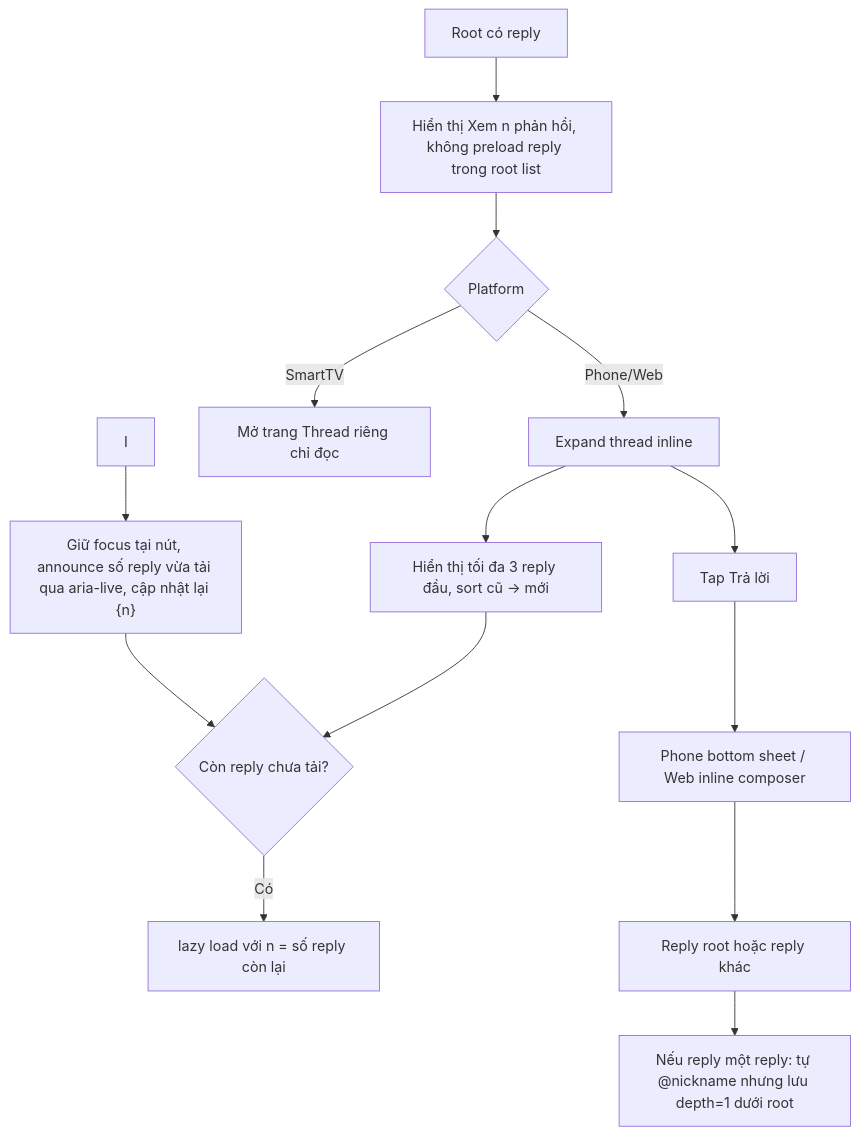
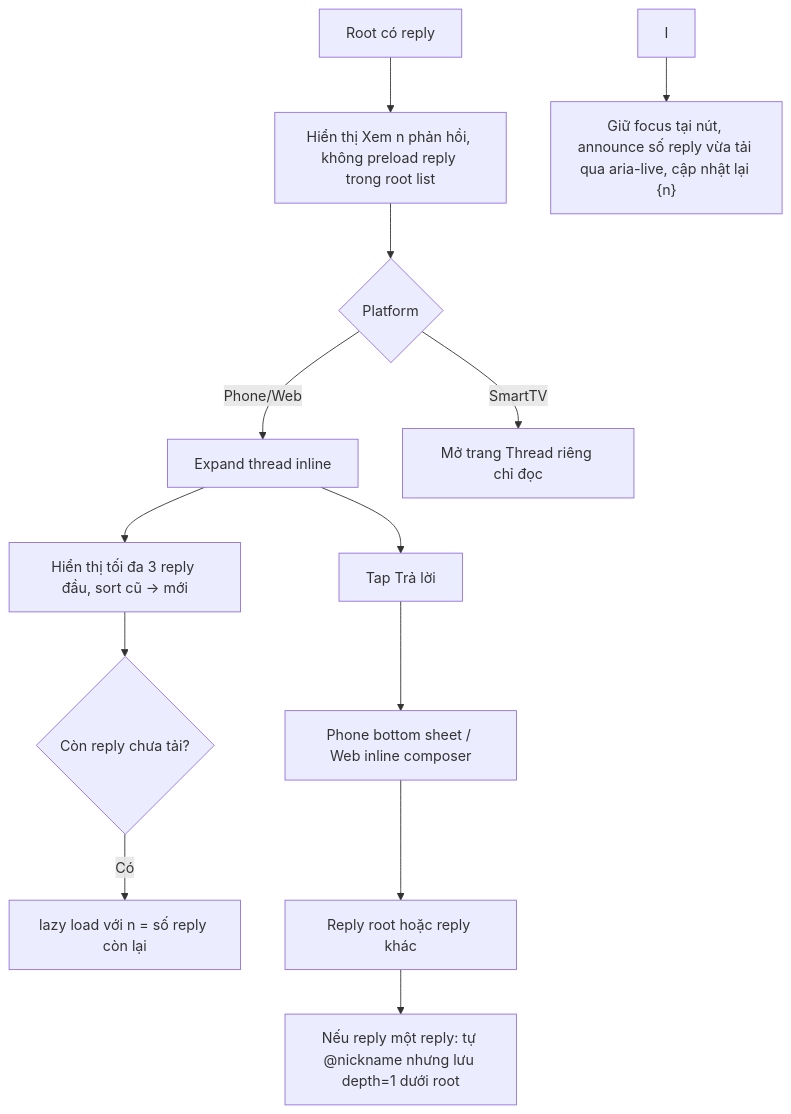
The diagram in EP02_TUONG_TAC_CONG_DONG/US08_USER_FLOW.md (tannguyenho/MyTV-Comment), drawn with Mermaid before and after one commit.

Commit message:
Refactor user flow diagram by removing transition
Removed redundant transition from J to G in user flow diagram.

````diff
--- a/EP02_TUONG_TAC_CONG_DONG/US08_USER_FLOW.md
+++ b/EP02_TUONG_TAC_CONG_DONG/US08_USER_FLOW.md
@@ -7,16 +7,15 @@
 ```mermaid
 flowchart TD
  A["Root có reply"] --> B["Hiển thị Xem n phản hồi, không preload reply trong root list"]
  B --> C{"Platform"}
  C -->|Phone/Web| D["Expand thread inline"]
  C -->|SmartTV| E["Mở trang Thread riêng chỉ đọc"]
  D --> F["Hiển thị tối đa 3 reply đầu, sort cũ → mới"]
  F --> G{"Còn reply chưa tải?"}
  G -->|"Có"| H["lazy load với n = số reply còn lại"]
  I --> J["Giữ focus tại nút, announce số reply vừa tải qua aria-live, cập nhật lại {n}"]
- J --> G
  D --> K["Tap Trả lời"]
  K --> L["Phone bottom sheet / Web inline composer"]
  L --> M["Reply root hoặc reply khác"]
  M --> N["Nếu reply một reply: tự @nickname nhưng lưu depth=1 dưới root"]
 ```
````
